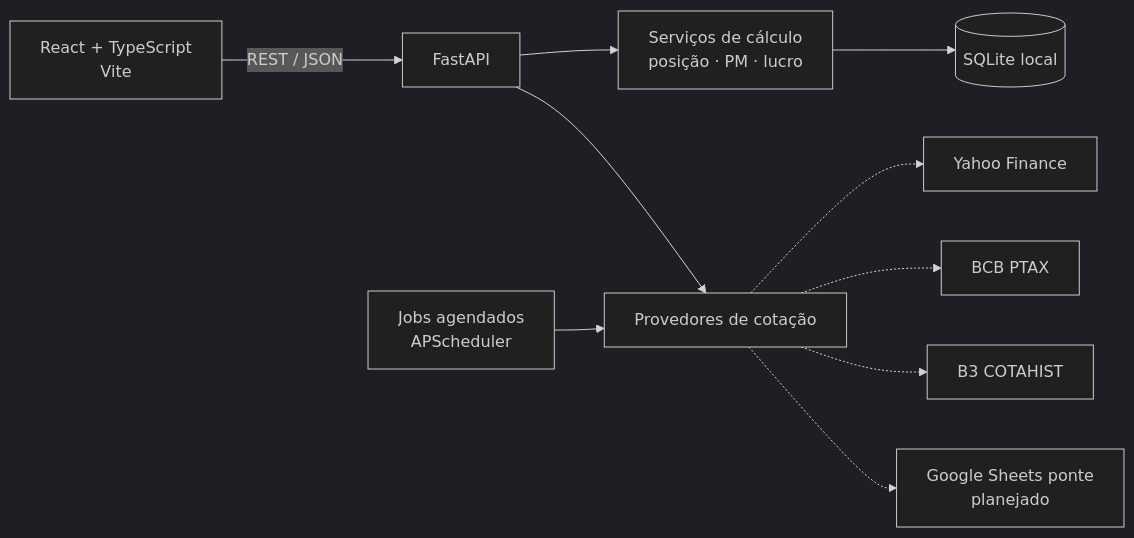
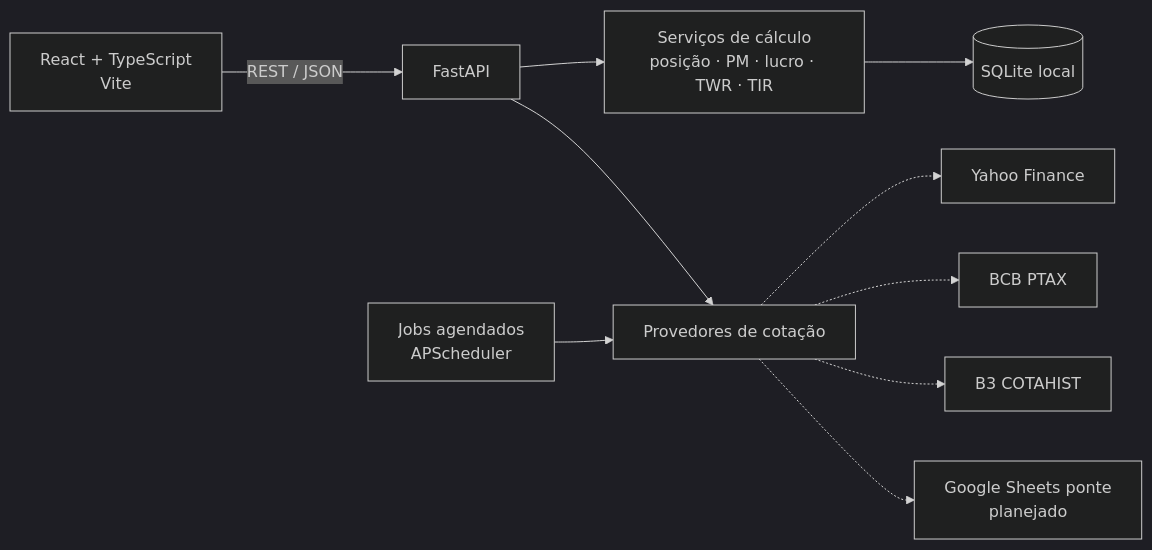
The diagram in README.md (Cristianosm91/Controle_Investimentos), drawn with Mermaid (dark theme) before and after one commit. The commit also changed other lines of this file and 34 other files, not shown here.

First line of the commit message:
feat(rentabilidade): conclui fase 2 com TWR, TIR, resumo e dashboard

````diff
--- a/README.md
+++ b/README.md
@@ -56,12 +58,12 @@
 ```mermaid
 flowchart LR
     UI[React + TypeScript<br/>Vite] -->|REST / JSON| API[FastAPI]
-    API --> SVC[Serviços de cálculo<br/>posição · PM · lucro]
+    API --> SVC[Serviços de cálculo<br/>posição · PM · lucro · TWR · TIR]
     SVC --> DB[(SQLite local)]
     API --> PROV[Provedores de cotação]
     JOB[Jobs agendados<br/>APScheduler] --> PROV
     PROV -.-> YF[Yahoo Finance]
     PROV -.-> BCB[BCB PTAX]
     PROV -.-> B3[B3 COTAHIST]
     PROV -.-> GS[Google Sheets ponte<br/>planejado]
 ```
````
